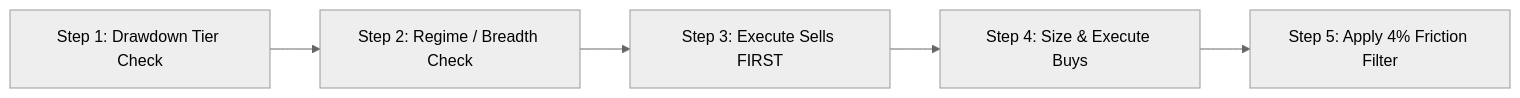
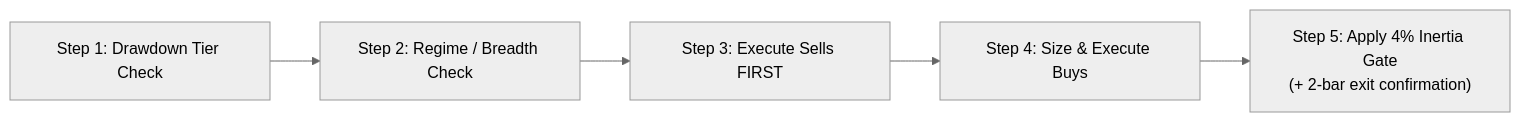
One commit to stonewell/quant_research changed the second of 2 diagrams in docs/ruleset/chan_four_state_execution/rules.md. Above: the diagram before and after it, drawn with Mermaid (neutral theme). The commit also changed other lines of this file and 11 other files, not shown here.

````diff
--- a/docs/ruleset/chan_four_state_execution/rules.md
+++ b/docs/ruleset/chan_four_state_execution/rules.md
@@ -33,7 +33,7 @@
 ```mermaid
 flowchart LR
     T1["Step 1: Drawdown Tier Check"] --> T2["Step 2: Regime / Breadth Check"]
     T2 --> T3["Step 3: Execute Sells FIRST"]
     T3 --> T4["Step 4: Size & Execute Buys"]
-    T4 --> T5["Step 5: Apply 4% Friction Filter"]
+    T4 --> T5["Step 5: Apply 4% Inertia Gate\n(+ 2-bar exit confirmation)"]
 ```
````
